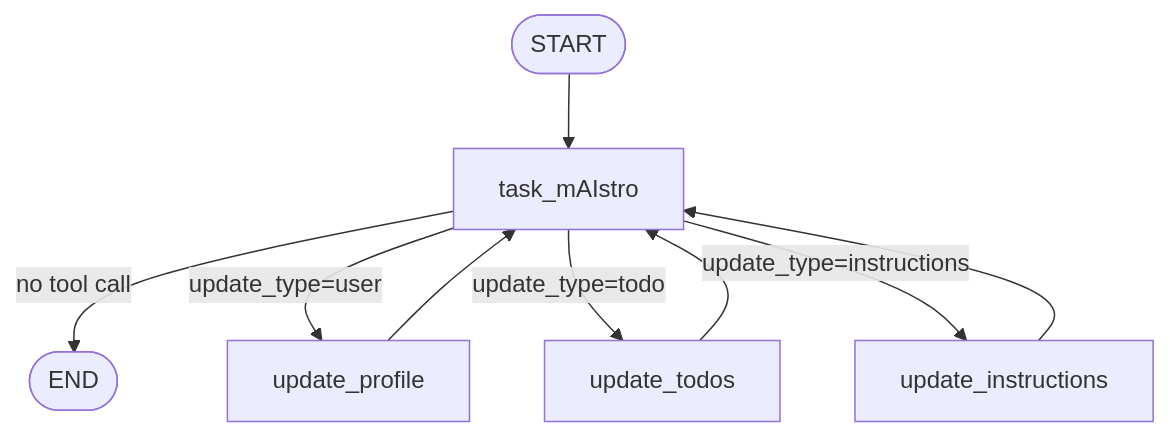
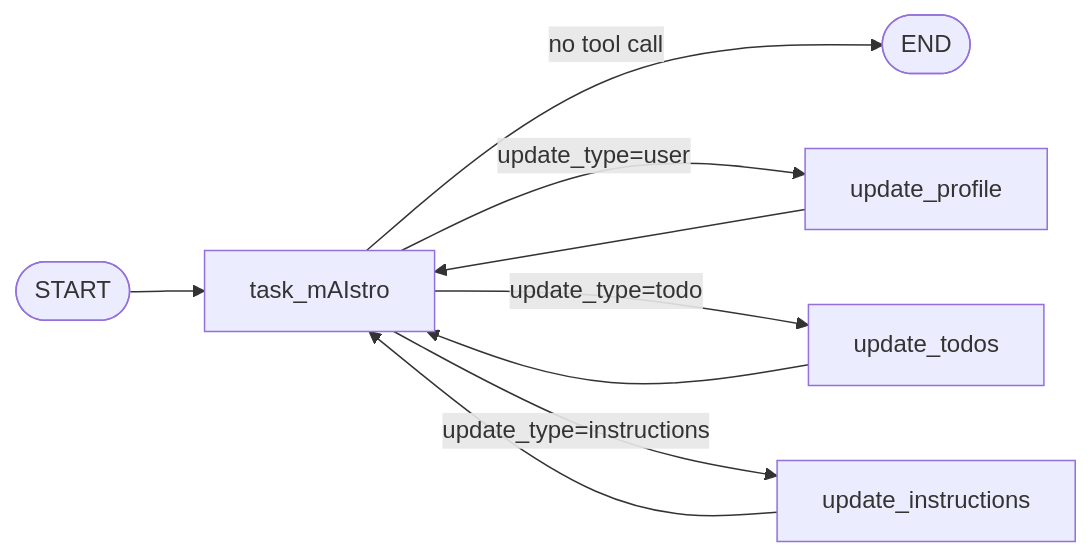
The diagram in README.md (pytholic/langgraph-task-maistro), drawn with Mermaid before and after one commit.

Commit message:
update readme for mermaid
update readme for mermaid

````diff
--- a/README.md
+++ b/README.md
@@ -26,13 +26,13 @@
 ```mermaid
-flowchart TD
+flowchart LR
     START([START]) --> task_mAIstro
 
     task_mAIstro -->|no tool call| END([END])
     task_mAIstro -->|update_type=user| update_profile
     task_mAIstro -->|update_type=todo| update_todos
     task_mAIstro -->|update_type=instructions| update_instructions
 
     update_profile --> task_mAIstro
     update_todos --> task_mAIstro
     update_instructions --> task_mAIstro
 ```
````
